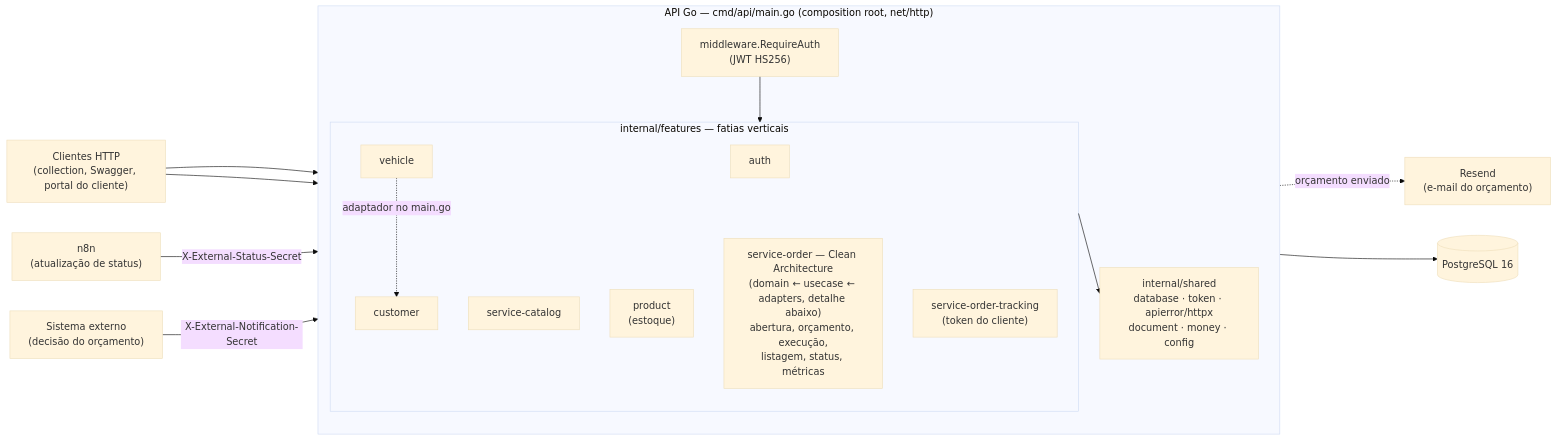
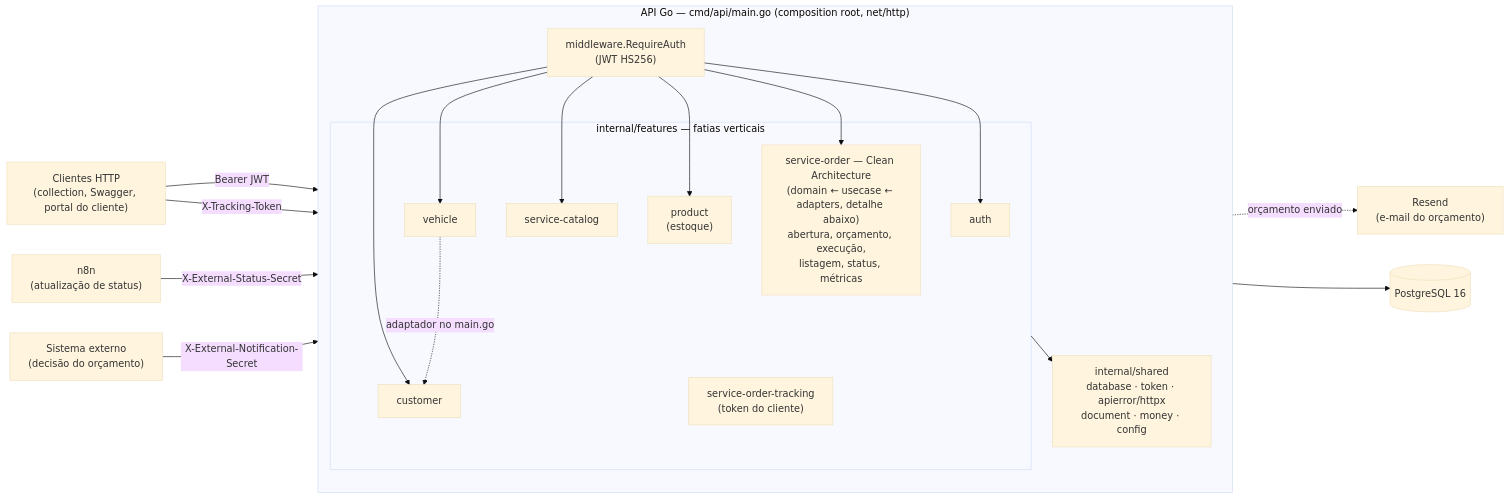
Before and after one commit to Os-Fiapudos/automotive-workshop-api: the first of 4 diagrams in README.md, drawn with Mermaid (base theme).

Commit message:
fix arrow from x-tracking-token

````diff
--- a/README.md
+++ b/README.md
@@ -144,32 +144,33 @@
 ```mermaid
 flowchart LR
     client["Clientes HTTP<br/>(collection, Swagger, portal do cliente)"]
     n8n["n8n<br/>(atualização de status)"]
     ext["Sistema externo<br/>(decisão do orçamento)"]
     resend["Resend<br/>(e-mail do orçamento)"]
 
     subgraph api["API Go — cmd/api/main.go (composition root, net/http)"]
         direction TB
         mw["middleware.RequireAuth<br/>(JWT HS256)"]
         subgraph features["internal/features — fatias verticais"]
             auth["auth"]
             customer["customer"]
             vehicle["vehicle"]
             catalog["service-catalog"]
             product["product<br/>(estoque)"]
             order["service-order — Clean Architecture<br/>(domain ← usecase ← adapters, detalhe abaixo)<br/>abertura, orçamento, execução,<br/>listagem, status, métricas"]
             tracking["service-order-tracking<br/>(token do cliente)"]
         end
         shared["internal/shared<br/>database · token · apierror/httpx<br/>document · money · config"]
     end
 
     db[("PostgreSQL 16")]
 
-    client --> mw --> features
-    client --> tracking
+    client -- "Bearer JWT" --> mw
+    mw --> auth & customer & vehicle & catalog & product & order
+    client -- "X-Tracking-Token" --> tracking
     n8n -- "X-External-Status-Secret" --> order
     ext -- "X-External-Notification-Secret" --> order
     order -. "orçamento enviado" .-> resend
     vehicle -. "adaptador no main.go" .-> customer
     features --> shared --> db
 ```
````
